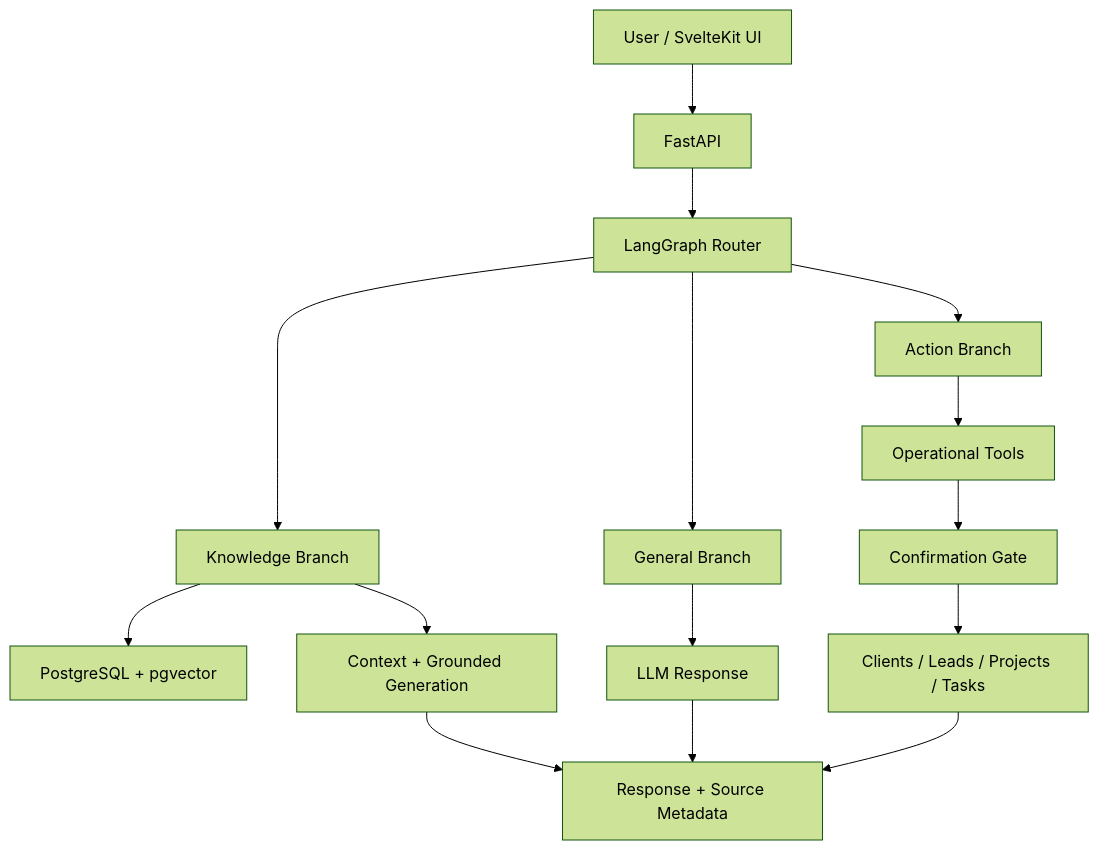
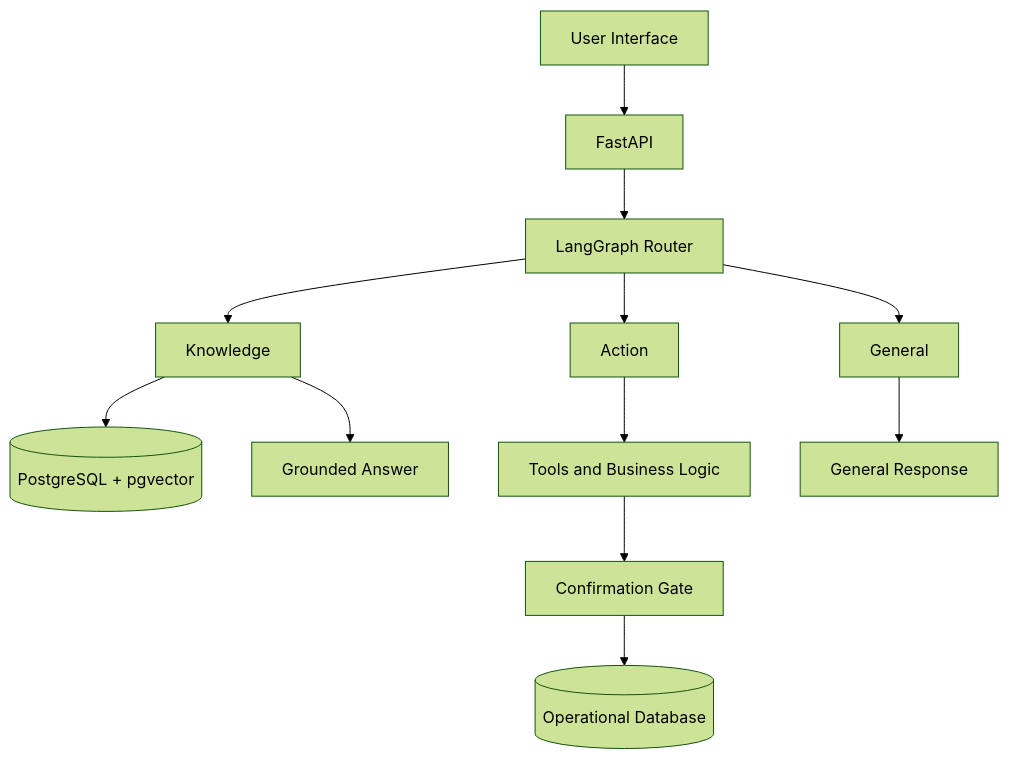
One commit to Aravindan-001/Aravindan-001 changed the first of 2 diagrams in README.md. Above: the diagram before and after it, drawn with Mermaid (forest theme). The commit also changed other lines of this file, not shown here.

````diff
--- a/README.md
+++ b/README.md
@@ -199,17 +329,14 @@
 ```mermaid
 flowchart TD
-    U[User / SvelteKit UI] --> API[FastAPI]
-    API --> R[LangGraph Router]
-    R --> K[Knowledge Branch]
-    R --> A[Action Branch]
-    R --> G[General Branch]
-    K --> V[PostgreSQL + pgvector]
-    K --> L[Context + Grounded Generation]
-    A --> T[Operational Tools]
-    T --> C[Confirmation Gate]
-    C --> DB[Clients / Leads / Projects / Tasks]
-    G --> LL[LLM Response]
-    L --> O[Response + Source Metadata]
-    LL --> O
-    DB --> O
+    A[User Interface] --> B[FastAPI]
+    B --> C[LangGraph Router]
+    C --> D[Knowledge]
+    C --> E[Action]
+    C --> F[General]
+    D --> G[(PostgreSQL + pgvector)]
+    D --> H[Grounded Answer]
+    E --> I[Tools and Business Logic]
+    I --> J[Confirmation Gate]
+    J --> K[(Operational Database)]
+    F --> L[General Response]
 ```
````
